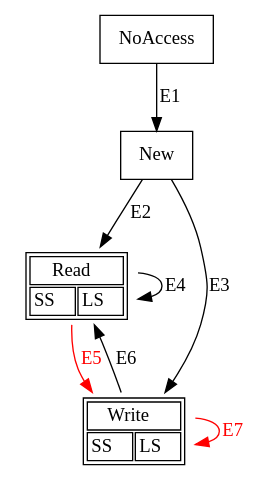
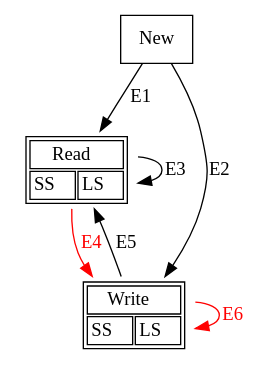
One commit to spurious/ThreadSanitizer-mirror changed the diagram in msm/prop1.dot. Above: the diagram before and after it, drawn with Graphviz. The commit also changed 1 other file, not shown here.

```diff
--- a/msm/prop1.dot
+++ b/msm/prop1.dot
@@ -1,30 +1,28 @@
 digraph prop1 {
-   NoAccess [shape=rectangle label="NoAccess"];
    New   [shape=rectangle label="New"];
 
    Read  [shape=plaintext label=<<TABLE BGCOLOR="white"> <tr> 
         <td colspan="2">Read</td> 
       </tr> <tr> 
         <td> SS </td>
         <td> LS </td>
       </tr> </TABLE>>
     ]
 
    Write  [shape=plaintext label=<<TABLE BGCOLOR="white"> <tr> 
         <td colspan="2">Write</td> 
       </tr> <tr> 
         <td> SS </td>
         <td> LS </td>
       </tr> </TABLE>>
     ]
 
 
 
-   NoAccess -> New    [label="E1"];
-   New      -> Read   [label="E2"];
-   New      -> Write  [label="E3"];
-   Read     -> Read   [label="E4"];
-   Read     -> Write  [label="E5" color="red" fontcolor="red"];
-   Write    -> Read   [label="E6"];
-   Write    -> Write  [label="E7" color="red" fontcolor="red"];
+   New      -> Read   [label="E1"];
+   New      -> Write  [label="E2"];
+   Read     -> Read   [label="E3"];
+   Read     -> Write  [label="E4" color="red" fontcolor="red"];
+   Write    -> Read   [label="E5"];
+   Write    -> Write  [label="E6" color="red" fontcolor="red"];
 }
```
